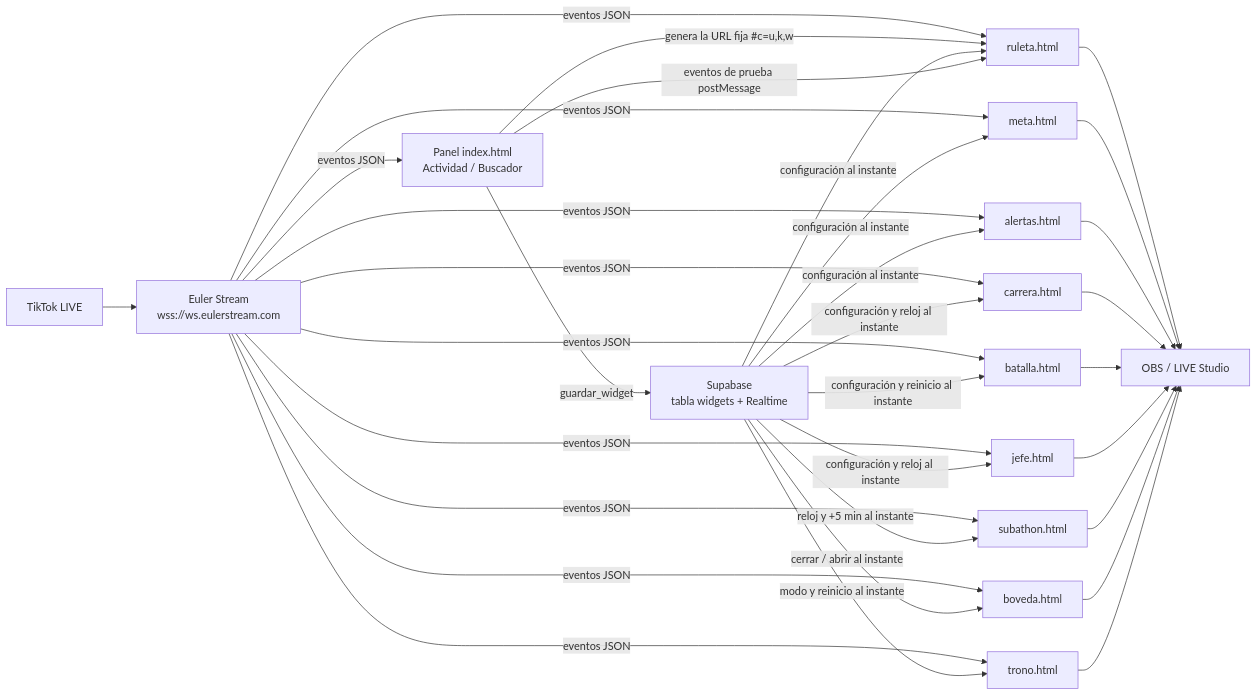
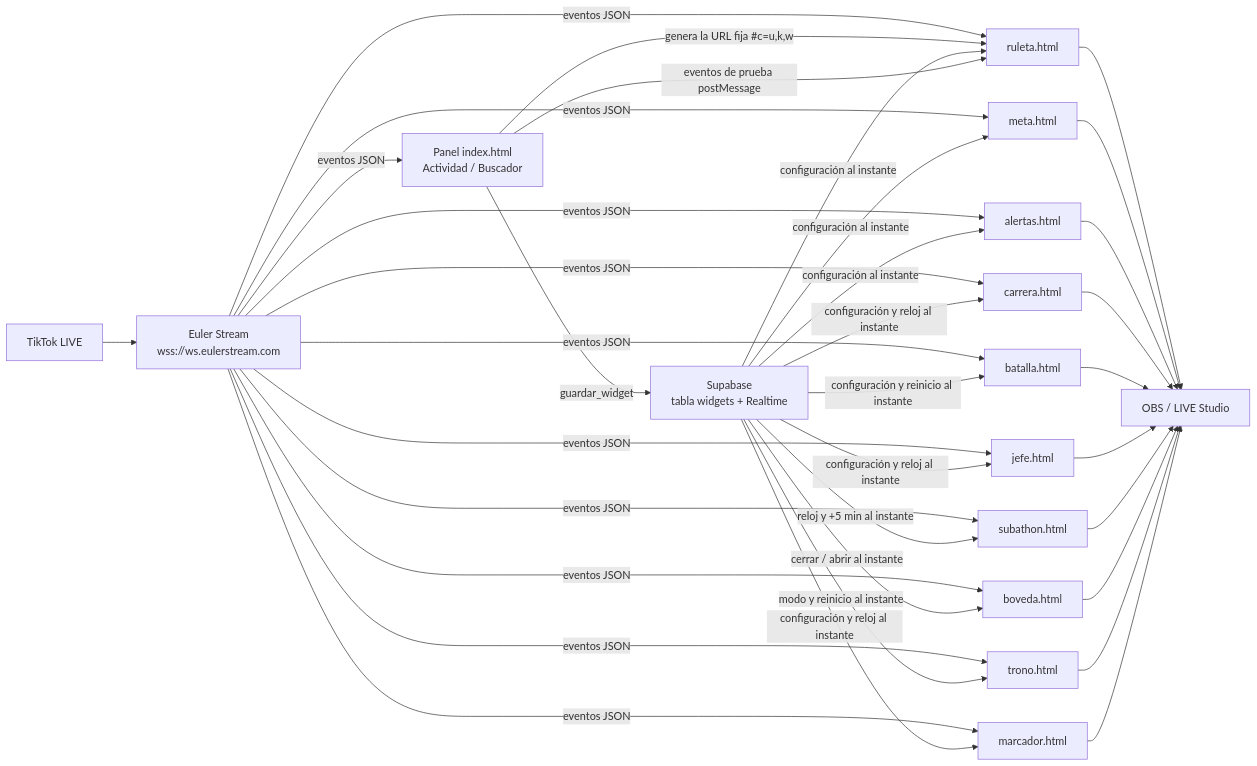
Before and after one commit to ardiladev/live-tools: the first of 2 diagrams in README.md, drawn with Mermaid. The commit also changed other lines of this file and 7 other files, not shown here.

First line of the commit message:
Marcador: puntajes por integrante con el reloj arriba

````diff
--- a/README.md
+++ b/README.md
@@ -122,35 +123,38 @@
 ```mermaid
 flowchart LR
   TT[TikTok LIVE] --> EU[Euler Stream<br/>wss://ws.eulerstream.com]
   EU -->|eventos JSON| W1[ruleta.html]
   EU -->|eventos JSON| W2[meta.html]
   EU -->|eventos JSON| W3[alertas.html]
   EU -->|eventos JSON| W4[carrera.html]
   EU -->|eventos JSON| W5[batalla.html]
   EU -->|eventos JSON| W6[jefe.html]
   EU -->|eventos JSON| W7[subathon.html]
   EU -->|eventos JSON| W8[boveda.html]
   EU -->|eventos JSON| W9[trono.html]
+  EU -->|eventos JSON| W10[marcador.html]
   EU -->|eventos JSON| P[Panel index.html<br/>Actividad / Buscador]
   P -->|genera la URL fija #c=u,k,w| W1
   P -->|guardar_widget| SB[Supabase<br/>tabla widgets + Realtime]
   SB -->|configuración al instante| W1
   SB -->|configuración al instante| W2
   SB -->|configuración al instante| W3
   SB -->|configuración y reloj al instante| W4
   SB -->|configuración y reinicio al instante| W5
   SB -->|configuración y reloj al instante| W6
   SB -->|reloj y +5 min al instante| W7
   SB -->|cerrar / abrir al instante| W8
   SB -->|modo y reinicio al instante| W9
+  SB -->|configuración y reloj al instante| W10
   P -->|eventos de prueba postMessage| W1
   W1 --> OBS[OBS / LIVE Studio]
   W2 --> OBS
   W3 --> OBS
   W4 --> OBS
   W5 --> OBS
   W6 --> OBS
   W7 --> OBS
   W8 --> OBS
   W9 --> OBS
+  W10 --> OBS
 ```
````
